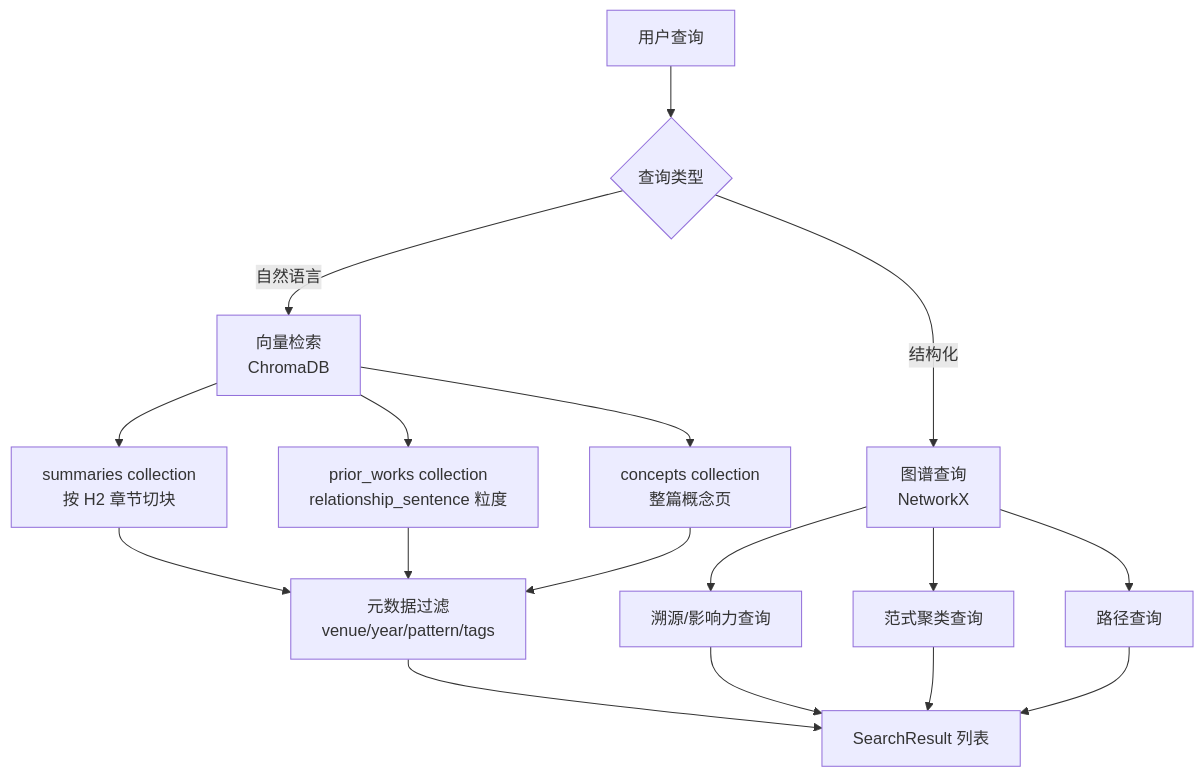
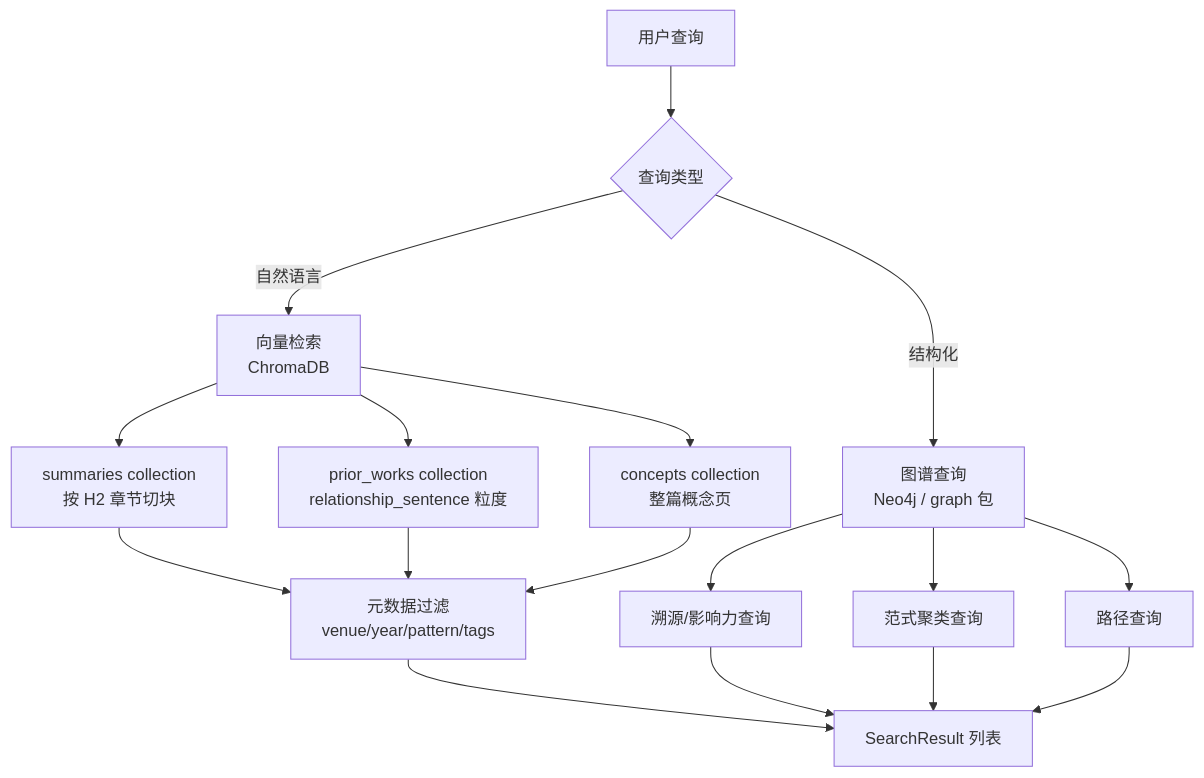
One commit to Szy5/ResearchWorkSpace changed diagram 13 of 16 in docs/Paper-Wiki 技术方案_v1.md. Above: the diagram before and after it, drawn with Mermaid. The commit also changed other lines of this file and 182 other files, not shown here.

````diff
--- a/docs/Paper-Wiki 技术方案_v1.md
+++ b/docs/Paper-Wiki 技术方案_v1.md
@@ -591,18 +792,18 @@
 ```mermaid
 graph TB
     Q[用户查询] --> R{查询类型}
     R -->|自然语言| VS[向量检索<br/>ChromaDB]
-    R -->|结构化| GQ[图谱查询<br/>NetworkX]
+    R -->|结构化| GQ[图谱查询<br/>Neo4j / graph 包]
 
     VS --> C1[summaries collection<br/>按 H2 章节切块]
     VS --> C2[prior_works collection<br/>relationship_sentence 粒度]
     VS --> C3[concepts collection<br/>整篇概念页]
 
     GQ --> GQ1[溯源/影响力查询]
     GQ --> GQ2[范式聚类查询]
     GQ --> GQ3[路径查询]
 
     C1 & C2 & C3 --> MR[元数据过滤<br/>venue/year/pattern/tags]
     MR --> SR[SearchResult 列表]
     GQ1 & GQ2 & GQ3 --> SR
 ```
````
